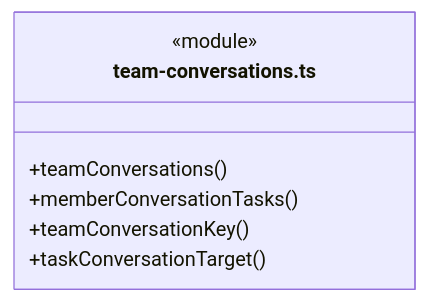
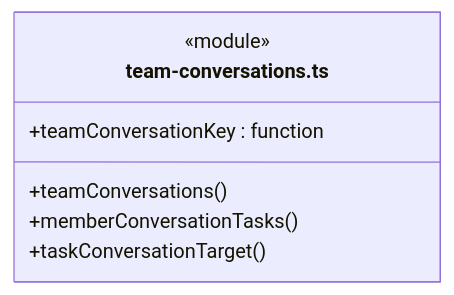
Diagram 12 of 23 in src/view/execution-view/ARCHITECTURE.md (nan023062/cbim), drawn with Mermaid before and after one commit. The commit also changed other lines of this file and 137 other files, not shown here.

Commit message:
fix: align architecture generator with documentation standards

````diff
--- a/src/view/execution-view/ARCHITECTURE.md
+++ b/src/view/execution-view/ARCHITECTURE.md
@@ -251,10 +275,10 @@
 ```mermaid
 classDiagram
 class N_src_view_execution_view_team_conversations_ts["team-conversations.ts"] {
   <<module>>
   +teamConversations()
   +memberConversationTasks()
-  +teamConversationKey()
   +taskConversationTarget()
+  +teamConversationKey : function
 }
 ```
````
